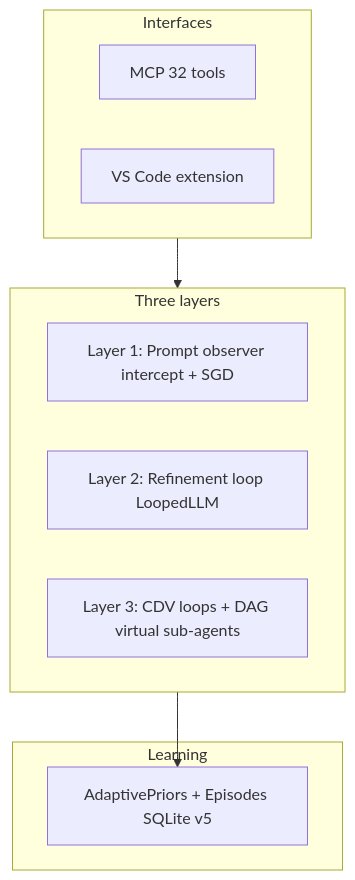
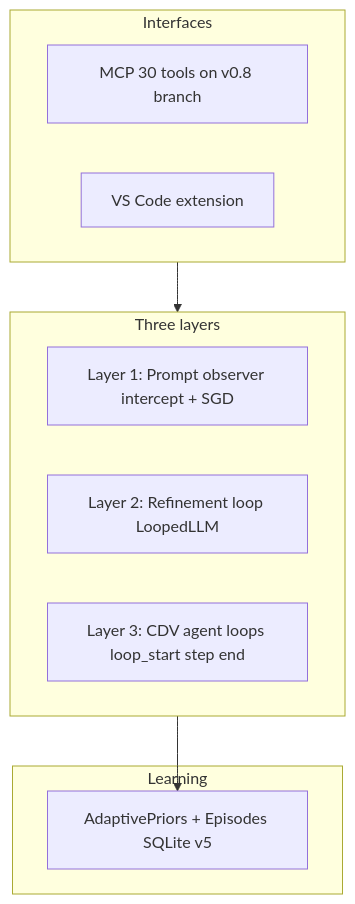
The diagram in README.md (azank1/loop-llm), drawn with Mermaid before and after one commit. The commit also changed other lines of this file and 8 other files, not shown here.

````diff
--- a/README.md
+++ b/README.md
@@ -53,17 +52,17 @@
 ```mermaid
 flowchart TB
   subgraph interfaces [Interfaces]
-    MCP[MCP 32 tools]
+    MCP[MCP 30 tools on v0.8 branch]
     Ext[VS Code extension]
   end
   subgraph layers [Three layers]
     L1[Layer 1: Prompt observer intercept + SGD]
     L2[Layer 2: Refinement loop LoopedLLM]
-    L3[Layer 3: CDV loops + DAG virtual sub-agents]
+    L3[Layer 3: CDV agent loops loop_start step end]
   end
   subgraph learn [Learning]
     Priors[AdaptivePriors + Episodes SQLite v5]
   end
   interfaces --> layers
   layers --> Priors
 ```
````
